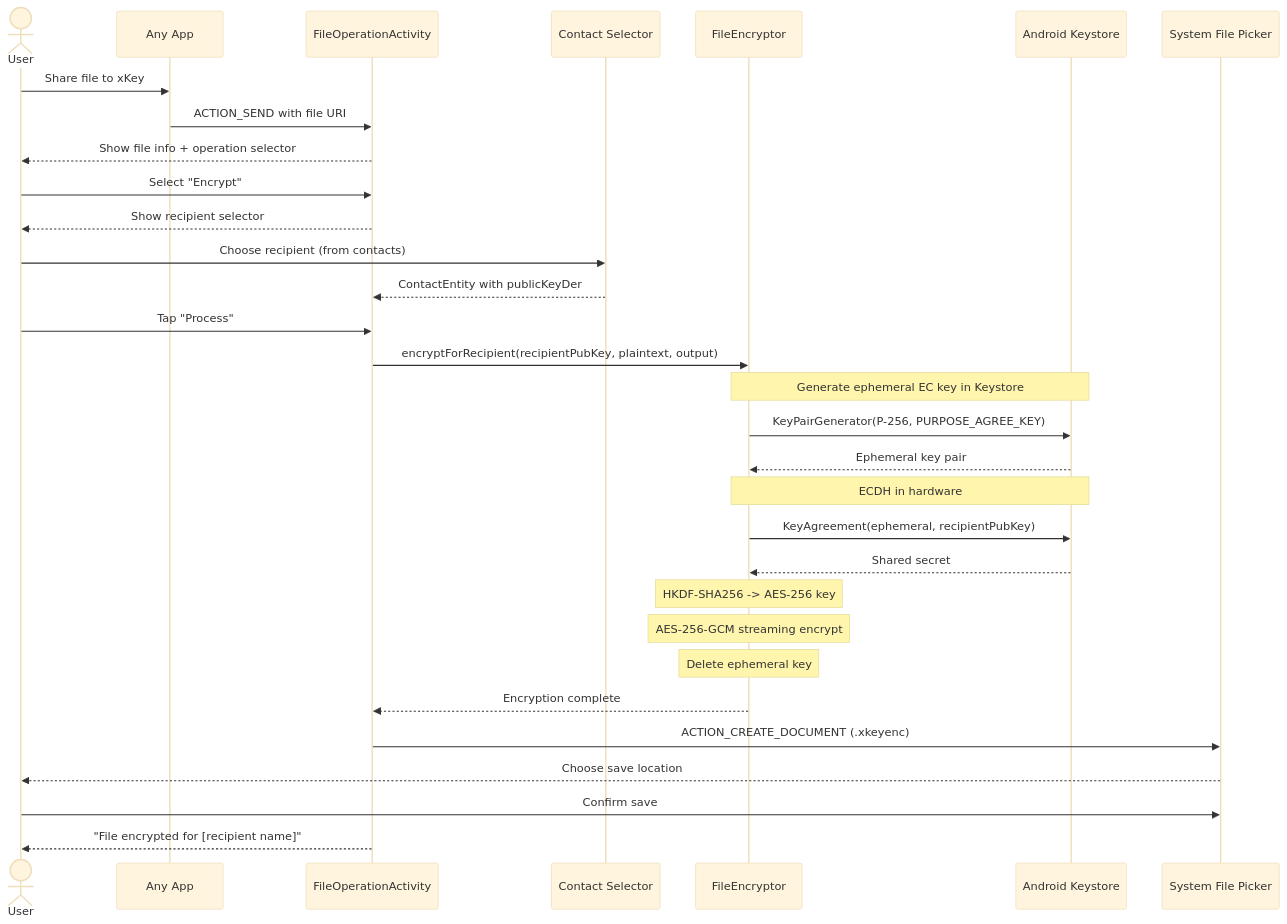
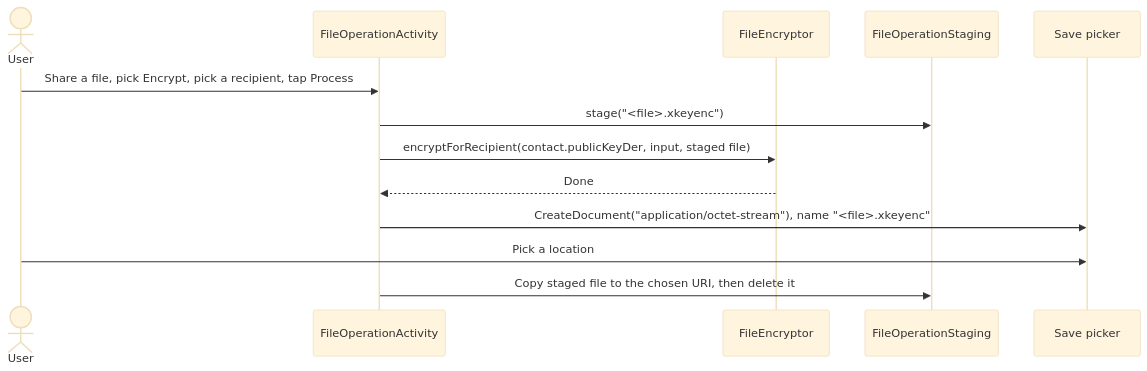
The fourth of 5 diagrams in docs/file-operations/architecture.md (jeremyhahn/xkey-android), drawn with Mermaid (base theme) before and after one commit. The commit also changed other lines of this file and 39 other files, not shown here.

````diff
--- a/docs/file-operations/architecture.md
+++ b/docs/file-operations/architecture.md
@@ -165,42 +148,16 @@
 ```mermaid
 sequenceDiagram
     actor User
-    participant App as Any App
     participant FOA as FileOperationActivity
-    participant CD as Contact Selector
     participant FE as FileEncryptor
-    participant KS as Android Keystore
-    participant SAF as System File Picker
+    participant ST as FileOperationStaging
+    participant SAF as Save picker
 
-    User->>App: Share file to xKey
-    App->>FOA: ACTION_SEND with file URI
-
-    FOA-->>User: Show file info + operation selector
-    User->>FOA: Select "Encrypt"
-    FOA-->>User: Show recipient selector
-    User->>CD: Choose recipient (from contacts)
-    CD-->>FOA: ContactEntity with publicKeyDer
-
-    User->>FOA: Tap "Process"
-
-    FOA->>FE: encryptForRecipient(recipientPubKey, plaintext, output)
-
-    Note over FE,KS: Generate ephemeral EC key in Keystore
-    FE->>KS: KeyPairGenerator(P-256, PURPOSE_AGREE_KEY)
-    KS-->>FE: Ephemeral key pair
-
-    Note over FE,KS: ECDH in hardware
-    FE->>KS: KeyAgreement(ephemeral, recipientPubKey)
-    KS-->>FE: Shared secret
-
-    Note over FE: HKDF-SHA256 -> AES-256 key
-    Note over FE: AES-256-GCM streaming encrypt
-    Note over FE: Delete ephemeral key
-
-    FE-->>FOA: Encryption complete
-
-    FOA->>SAF: ACTION_CREATE_DOCUMENT (.xkeyenc)
-    SAF-->>User: Choose save location
-    User->>SAF: Confirm save
-    FOA-->>User: "File encrypted for [recipient name]"
+    User->>FOA: Share a file, pick Encrypt, pick a recipient, tap Process
+    FOA->>ST: stage("<file>.xkeyenc")
+    FOA->>FE: encryptForRecipient(contact.publicKeyDer, input, staged file)
+    FE-->>FOA: Done
+    FOA->>SAF: CreateDocument("application/octet-stream"), name "<file>.xkeyenc"
+    User->>SAF: Pick a location
+    FOA->>ST: Copy staged file to the chosen URI, then delete it
 ```
````
